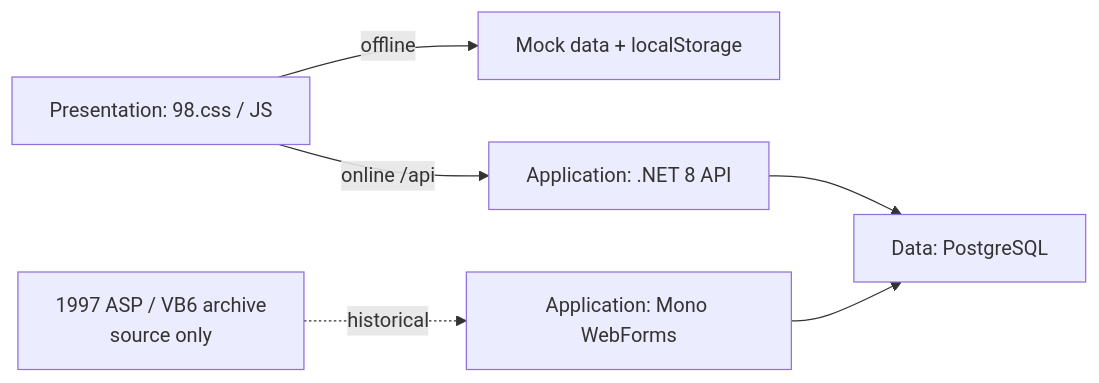
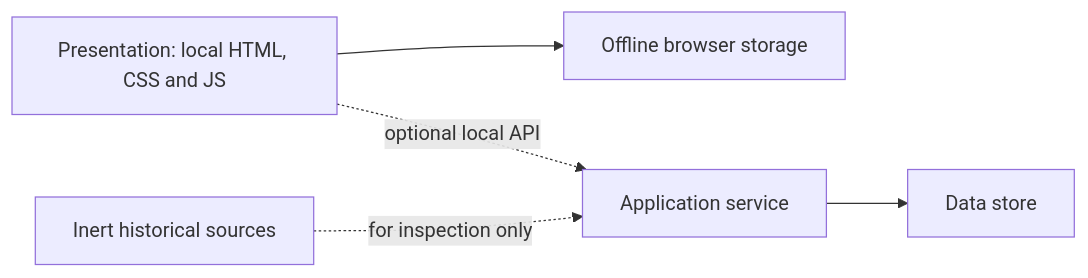
Before and after one commit to obrocki/hve-core-quests: the diagram in README.md, drawn with Mermaid. The commit also changed other lines of this file and 25 other files, not shown here.

````diff
--- a/README.md
+++ b/README.md
@@ -71,8 +33,7 @@
 ```mermaid
 flowchart LR
-  Browser["Presentation: 98.css / JS"] -->|offline| Mock["Mock data + localStorage"]
-  Browser -->|online /api| API["Application: .NET 8 API"]
-  WebForms["Application: Mono WebForms"] --> DB["Data: PostgreSQL"]
-  API --> DB
-  ASP["1997 ASP / VB6 archive<br/>source only"] -. historical .-> WebForms
+    Browser["Presentation: local HTML, CSS and JS"] --> Storage["Offline browser storage"]
+    Browser -. optional local API .-> Service["Application service"]
+    Service --> DB["Data store"]
+    Archive["Inert historical sources"] -. for inspection only .-> Service
 ```
````
